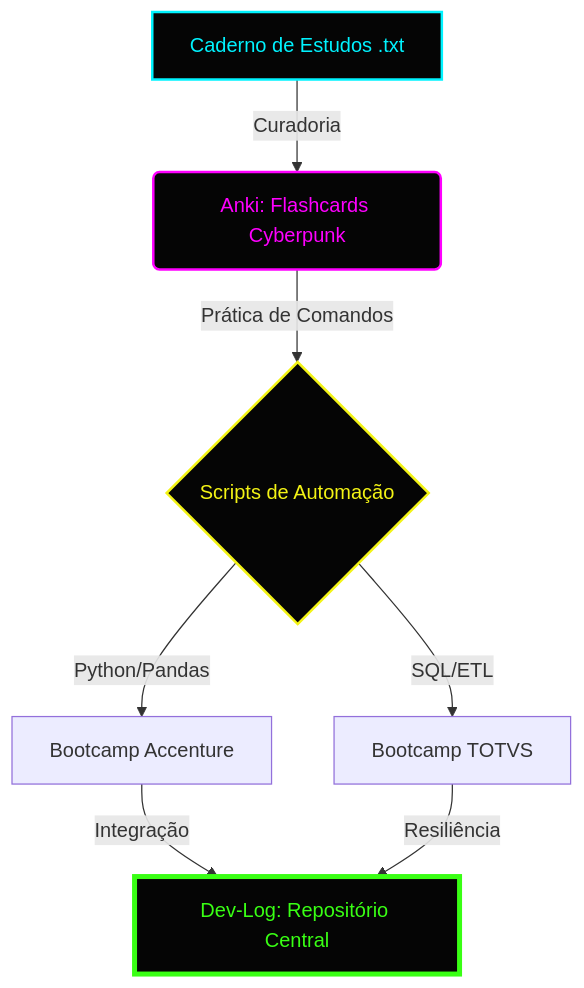
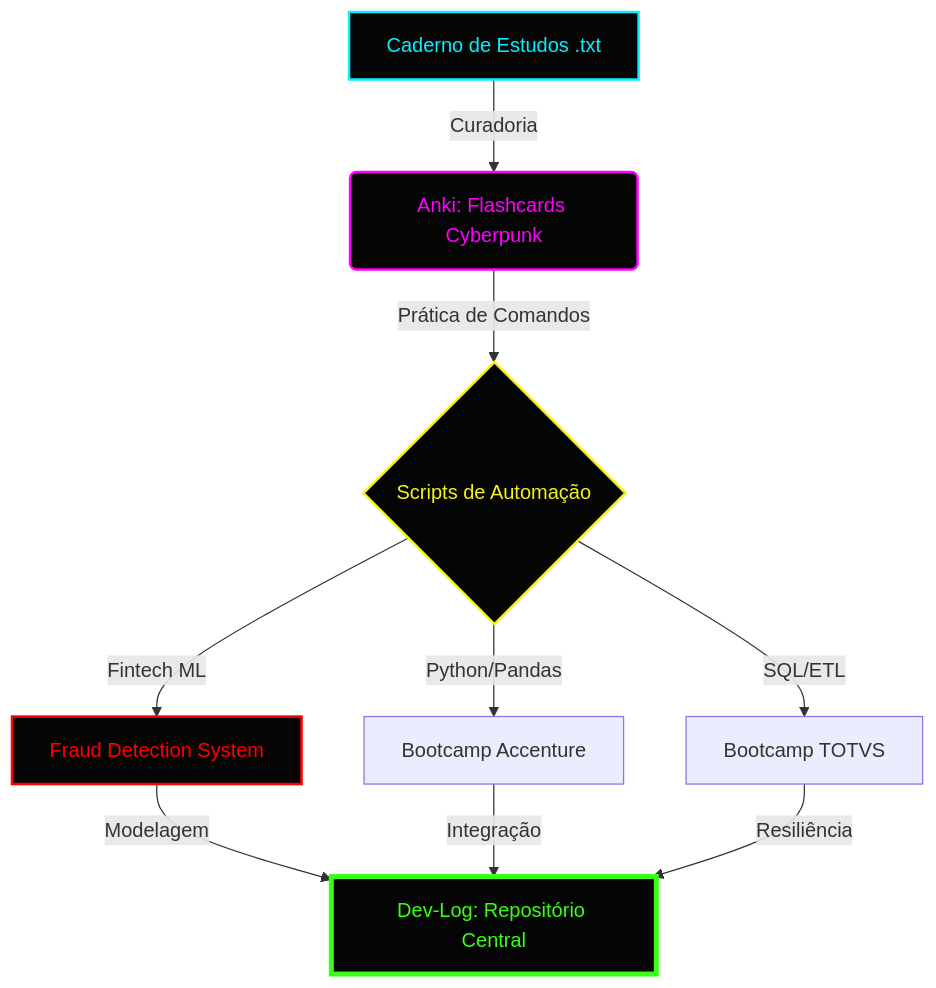
Before and after one commit to ArkellChandler/dev-log: the diagram in README.md, drawn with Mermaid. The commit also changed other lines of this file, not shown here.

Commit message:
Highlight Fraud Detection in README and update roadmap

````diff
--- a/README.md
+++ b/README.md
@@ -27,13 +27,16 @@
 ```mermaid
 graph TD
     A[Caderno de Estudos .txt] -->|Curadoria| B(Anki: Flashcards Cyberpunk)
     B -->|Prática de Comandos| C{Scripts de Automação}
+    C -->|Fintech ML| D2[Fraud Detection System]
     C -->|Python/Pandas| D[Bootcamp Accenture]
     C -->|SQL/ETL| E[Bootcamp TOTVS]
-    D -->|Integração| F[Dev-Log: Repositório Central]
+    D2 -->|Modelagem| F[Dev-Log: Repositório Central]
+    D -->|Integração| F
     E -->|Resiliência| F
     style A fill:#050505,stroke:#00f3ff,stroke-width:2px,color:#00f3ff
     style B fill:#050505,stroke:#ff00ff,stroke-width:2px,color:#ff00ff
     style C fill:#050505,stroke:#f3f315,stroke-width:2px,color:#f3f315
+    style D2 fill:#050505,stroke:#ff0000,stroke-width:2px,color:#ff0000
     style F fill:#050505,stroke:#39ff14,stroke-width:4px,color:#39ff14
 ```
````
